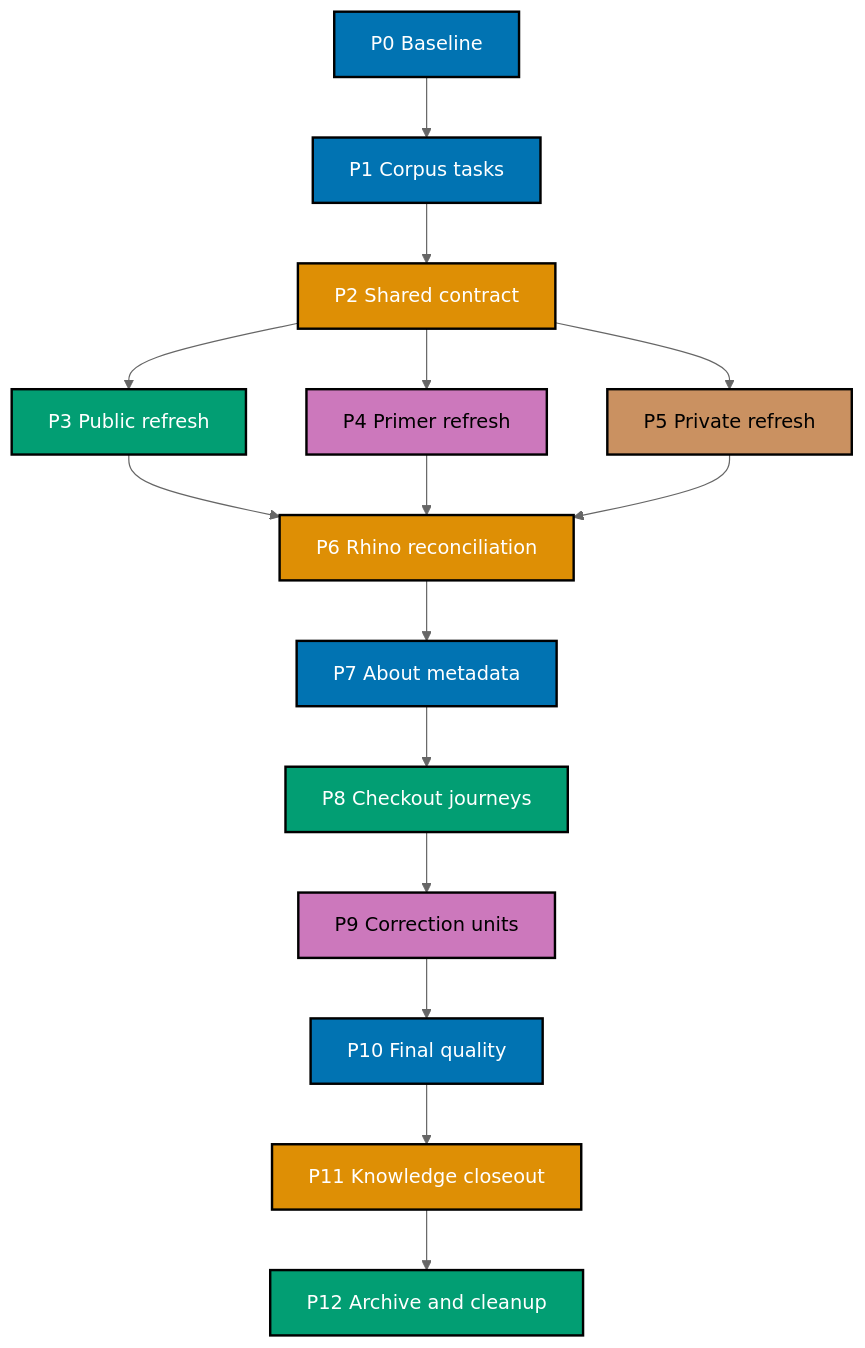
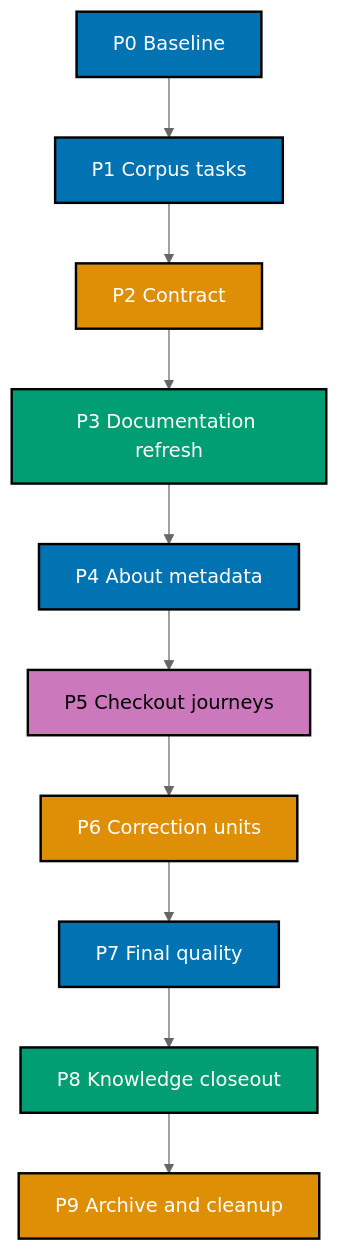
The diagram in plans/in-progress/repository-onboarding-readme-refresh/delivery.md (wahidyankf/open-sharia-fintech), drawn with Mermaid (neutral theme) before and after one commit. The commit also changed other lines of this file and 12 other files, not shown here.

First line of the commit message:
docs(plans): rescope onboarding refresh to ose-public and reset delivery

````diff
--- a/plans/in-progress/repository-onboarding-readme-refresh/delivery.md
+++ b/plans/in-progress/repository-onboarding-readme-refresh/delivery.md
@@ -156,24 +176,19 @@
 ```mermaid
-%% Color palette: Blue #0173B2, Orange #DE8F05, Teal #029E73, Purple #CC78BC, Brown #CA9161
+%% Color palette: Blue #0173B2, Orange #DE8F05, Teal #029E73, Purple #CC78BC
+%% TD required: this chain is 10 nodes deep, and LR measures depth against MaxWidth=4
 flowchart TD
   P0["P0 Baseline"]:::blue --> P1["P1 Corpus tasks"]:::blue
-  P1 --> P2["P2 Shared contract"]:::orange
-  P2 --> PUB["P3 Public refresh"]:::teal
-  P2 --> PRI["P4 Primer refresh"]:::purple
-  P2 --> PVT["P5 Private refresh"]:::brown
-  PUB --> RH["P6 Rhino reconciliation"]:::orange
-  PRI --> RH
-  PVT --> RH
-  RH --> META["P7 About metadata"]:::blue
-  META --> WALK["P8 Checkout journeys"]:::teal
-  WALK --> FIX["P9 Correction units"]:::purple
-  FIX --> Q["P10 Final quality"]:::blue
-  Q --> K["P11 Knowledge closeout"]:::orange
-  K --> C["P12 Archive and cleanup"]:::teal
+  P1 --> P2["P2 Contract"]:::orange
+  P2 --> PUB["P3 Documentation refresh"]:::teal
+  PUB --> META["P4 About metadata"]:::blue
+  META --> WALK["P5 Checkout journeys"]:::purple
+  WALK --> FIX["P6 Correction units"]:::orange
+  FIX --> Q["P7 Final quality"]:::blue
+  Q --> K["P8 Knowledge closeout"]:::teal
+  K --> C["P9 Archive and cleanup"]:::orange
 
   classDef blue fill:#0173B2,stroke:#000000,color:#FFFFFF,stroke-width:2px
   classDef orange fill:#DE8F05,stroke:#000000,color:#FFFFFF,stroke-width:2px
   classDef teal fill:#029E73,stroke:#000000,color:#FFFFFF,stroke-width:2px
   classDef purple fill:#CC78BC,stroke:#000000,color:#000000,stroke-width:2px
-  classDef brown fill:#CA9161,stroke:#000000,color:#000000,stroke-width:2px
 ```
````
